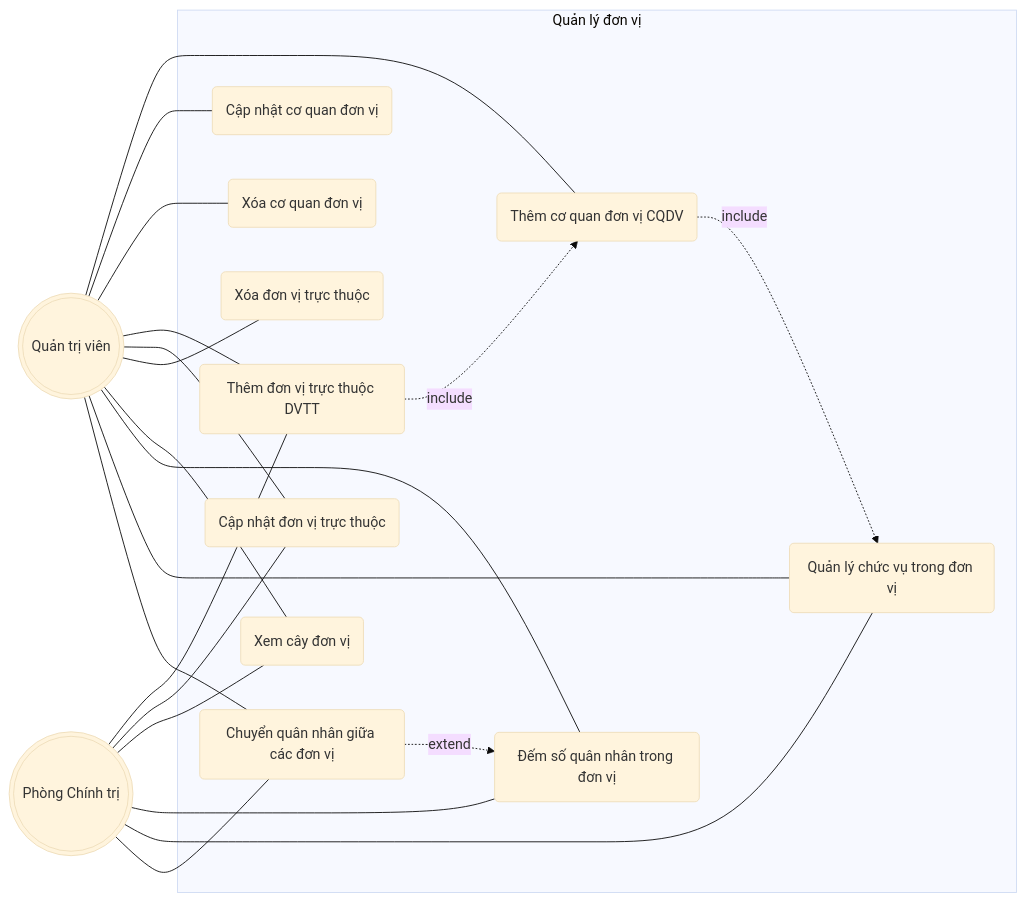
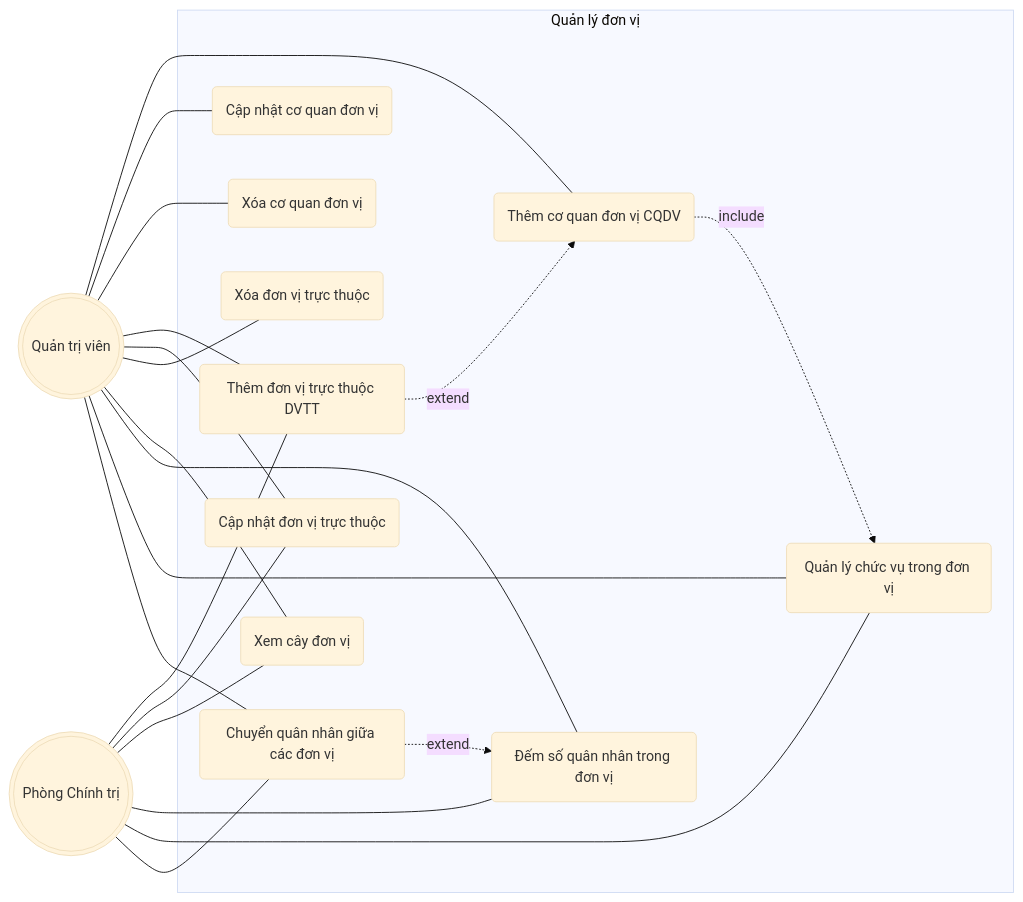
The fourth of 15 diagrams in docs/diagrams/01-use-case.md (tranducbk/DATN_PM_QLKT), drawn with Mermaid (base theme) before and after one commit. The commit also changed other lines of this file and 123 other files, not shown here.

````diff
--- a/docs/diagrams/01-use-case.md
+++ b/docs/diagrams/01-use-case.md
@@ -204,40 +164,40 @@
 ```mermaid
 flowchart LR
     SA(((Quản trị viên)))
     AD(((Phòng Chính trị)))
 
     subgraph SYS[Quản lý đơn vị]
         UC1(Thêm cơ quan đơn vị CQDV)
         UC2(Cập nhật cơ quan đơn vị)
         UC3(Xóa cơ quan đơn vị)
         UC4(Thêm đơn vị trực thuộc DVTT)
         UC5(Cập nhật đơn vị trực thuộc)
         UC6(Xóa đơn vị trực thuộc)
         UC7(Xem cây đơn vị)
         UC8(Đếm số quân nhân trong đơn vị)
         UC9(Quản lý chức vụ trong đơn vị)
         UC10(Chuyển quân nhân giữa các đơn vị)
 
-        UC4 -.->|include| UC1
+        UC4 -.->|extend| UC1
         UC1 -.->|include| UC9
         UC10 -.->|extend| UC8
     end
 
     SA --- UC1
     SA --- UC2
     SA --- UC3
     SA --- UC4
     SA --- UC5
     SA --- UC6
     SA --- UC7
     SA --- UC8
     SA --- UC9
     SA --- UC10
 
     AD --- UC4
     AD --- UC5
     AD --- UC7
     AD --- UC8
     AD --- UC9
     AD --- UC10
 ```
````
